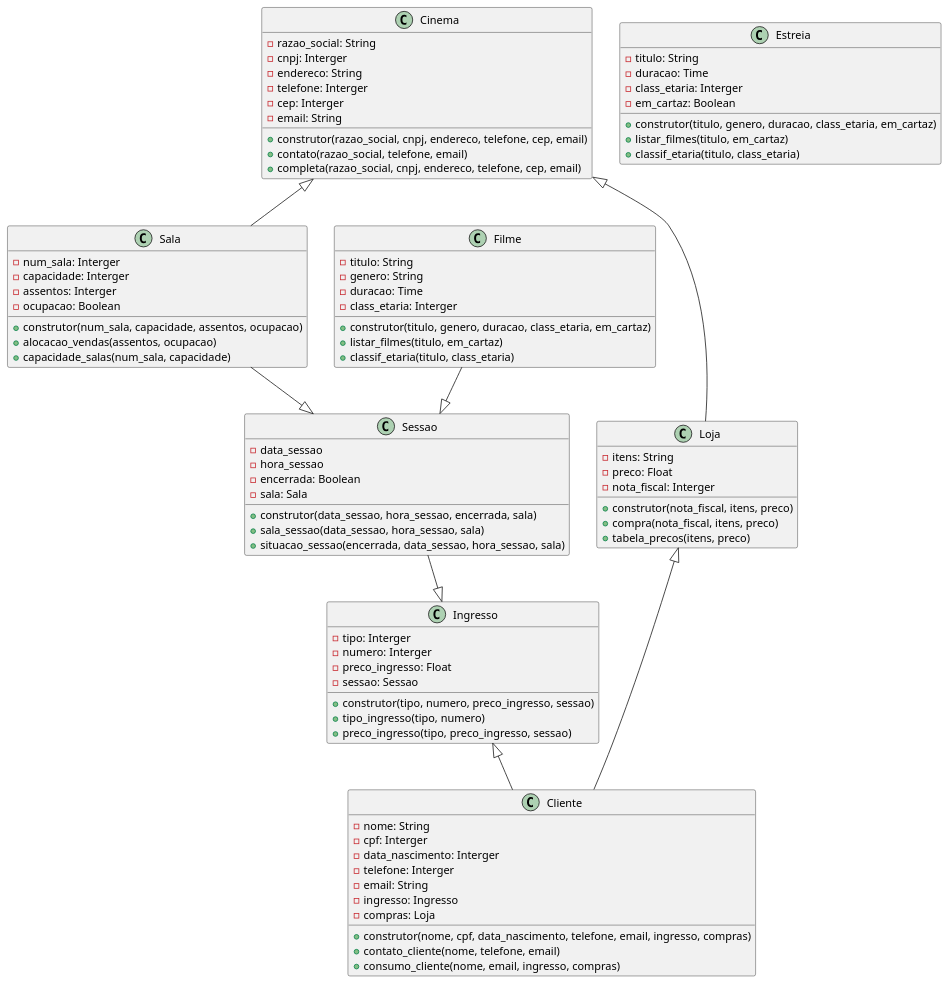
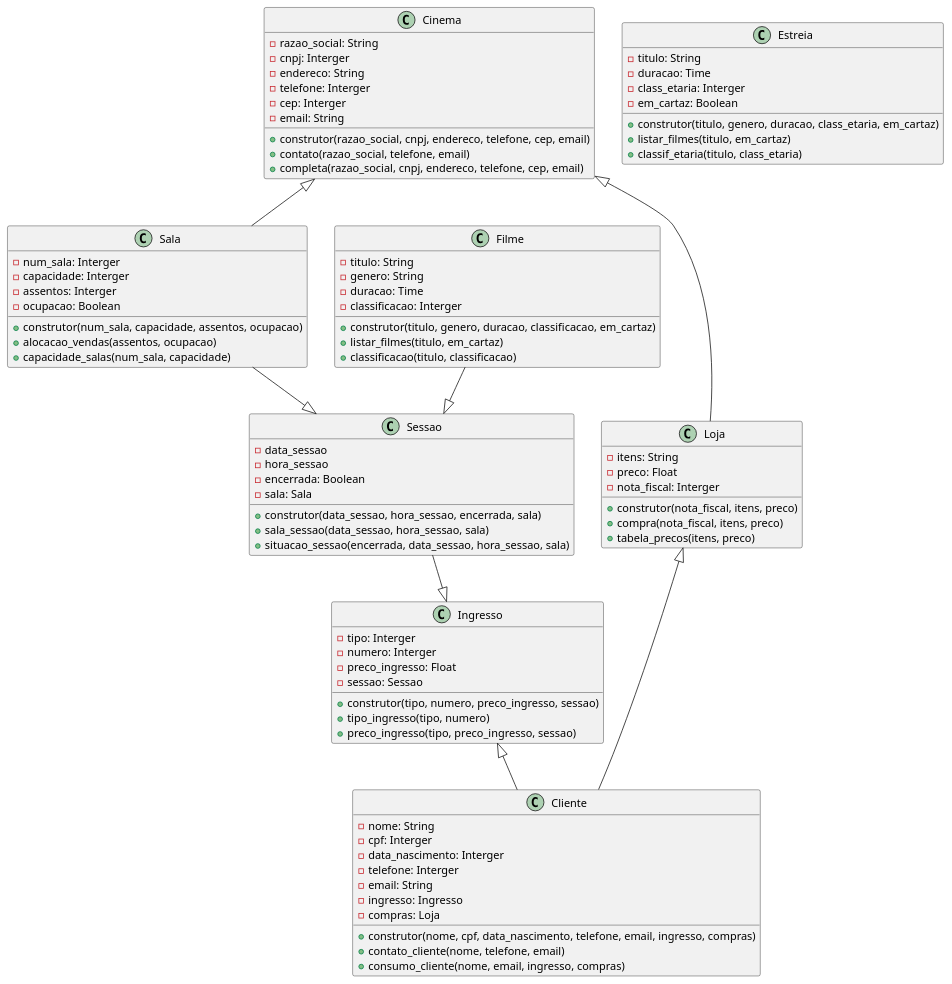
The diagram in cinema_grupo1.plantuml (anleaes/2023-1-N1-POO-01), drawn with PlantUML before and after one commit.

Commit message:
update plantuml

```diff
--- a/cinema_grupo1.plantuml
+++ b/cinema_grupo1.plantuml
@@ -1,94 +1,94 @@
 @startuml Diagrama Herança Cinema - Grupo 1
 class Cinema{
     - razao_social: String
     - cnpj: Interger 
     - endereco: String
     - telefone: Interger
     - cep: Interger
     - email: String
     + construtor(razao_social, cnpj, endereco, telefone, cep, email)
     + contato(razao_social, telefone, email)
     + completa(razao_social, cnpj, endereco, telefone, cep, email)
 }
 
 
 class Sala{
     - num_sala: Interger
     - capacidade: Interger
     - assentos: Interger
     - ocupacao: Boolean
     + construtor(num_sala, capacidade, assentos, ocupacao)
     + alocacao_vendas(assentos, ocupacao)
     + capacidade_salas(num_sala, capacidade)
 }
 
 class Sessao{
     - data_sessao
     - hora_sessao
     - encerrada: Boolean
     - sala: Sala
     + construtor(data_sessao, hora_sessao, encerrada, sala)
     + sala_sessao(data_sessao, hora_sessao, sala)
     + situacao_sessao(encerrada, data_sessao, hora_sessao, sala)    
 }
 
 class Loja{
     - itens: String
     - preco: Float
     - nota_fiscal: Interger
     + construtor(nota_fiscal, itens, preco)
     + compra(nota_fiscal, itens, preco)
     + tabela_precos(itens, preco)
 }
 
 class Ingresso{
     - tipo: Interger
     - numero: Interger
     - preco_ingresso: Float
     - sessao: Sessao
     + construtor(tipo, numero, preco_ingresso, sessao)
     + tipo_ingresso(tipo, numero)
     + preco_ingresso(tipo, preco_ingresso, sessao)
 }
 
 class Cliente{
     - nome: String
     - cpf: Interger
     - data_nascimento: Interger
     - telefone: Interger
     - email: String
     - ingresso: Ingresso
     - compras: Loja
     + construtor(nome, cpf, data_nascimento, telefone, email, ingresso, compras)
     + contato_cliente(nome, telefone, email)
     + consumo_cliente(nome, email, ingresso, compras)    
 }
 
 class Filme{
     - titulo: String
     - genero: String
     - duracao: Time
-    - class_etaria: Interger
-    + construtor(titulo, genero, duracao, class_etaria, em_cartaz)
+    - classificacao: Interger
+    + construtor(titulo, genero, duracao, classificacao, em_cartaz)
     + listar_filmes(titulo, em_cartaz)
-    + classif_etaria(titulo, class_etaria)
+    + classificacao(titulo, classificacao)
 }
 
 class Estreia{
     - titulo: String
     - duracao: Time
     - class_etaria: Interger
     - em_cartaz: Boolean
     + construtor(titulo, genero, duracao, class_etaria, em_cartaz)
     + listar_filmes(titulo, em_cartaz)
     + classif_etaria(titulo, class_etaria)
 }
 
 Cinema <|-- Sala
 Sala --|> Sessao
 Filme --|> Sessao
 Ingresso <|-- Cliente
 Cinema <|-- Loja
 Loja <|-- Cliente
 Sessao --|> Ingresso
 @enduml
```
